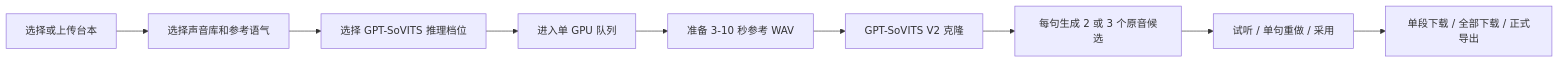
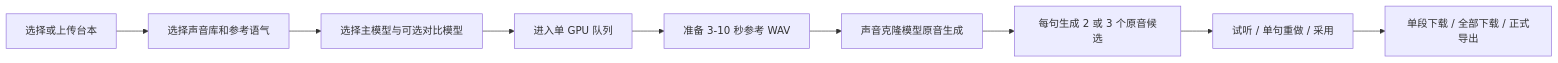
Before and after one commit to DaisWW/AIVoice: the diagram in README.md, drawn with Mermaid. The commit also changed other lines of this file and 51 other files, not shown here.

````diff
--- a/README.md
+++ b/README.md
@@ -54,11 +54,11 @@
 ```mermaid
 flowchart LR
     A[选择或上传台本] --> B[选择声音库和参考语气]
-    B --> C[选择 GPT-SoVITS 推理档位]
+    B --> C[选择主模型与可选对比模型]
     C --> D[进入单 GPU 队列]
     D --> E[准备 3-10 秒参考 WAV]
-    E --> F[GPT-SoVITS V2 克隆]
+    E --> F[声音克隆模型原音生成]
     F --> G[每句生成 2 或 3 个原音候选]
     G --> H[试听 / 单句重做 / 采用]
     H --> I[单段下载 / 全部下载 / 正式导出]
 ```
````
